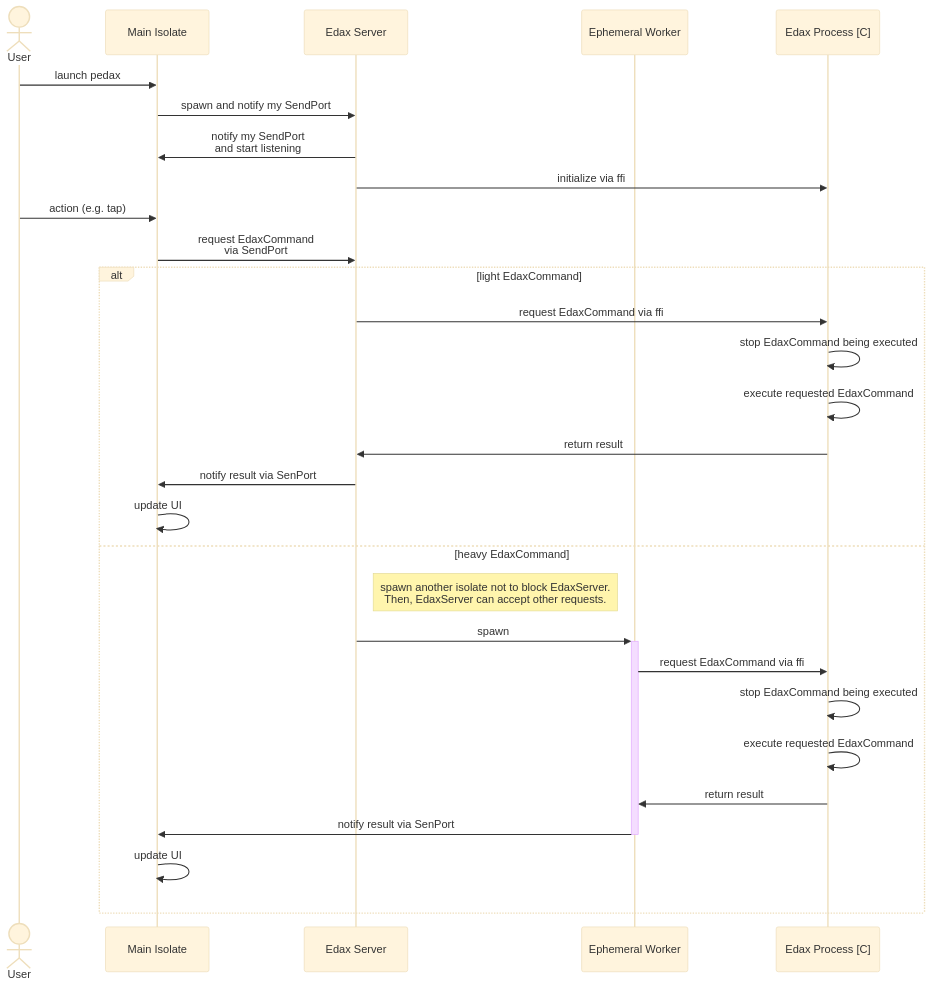
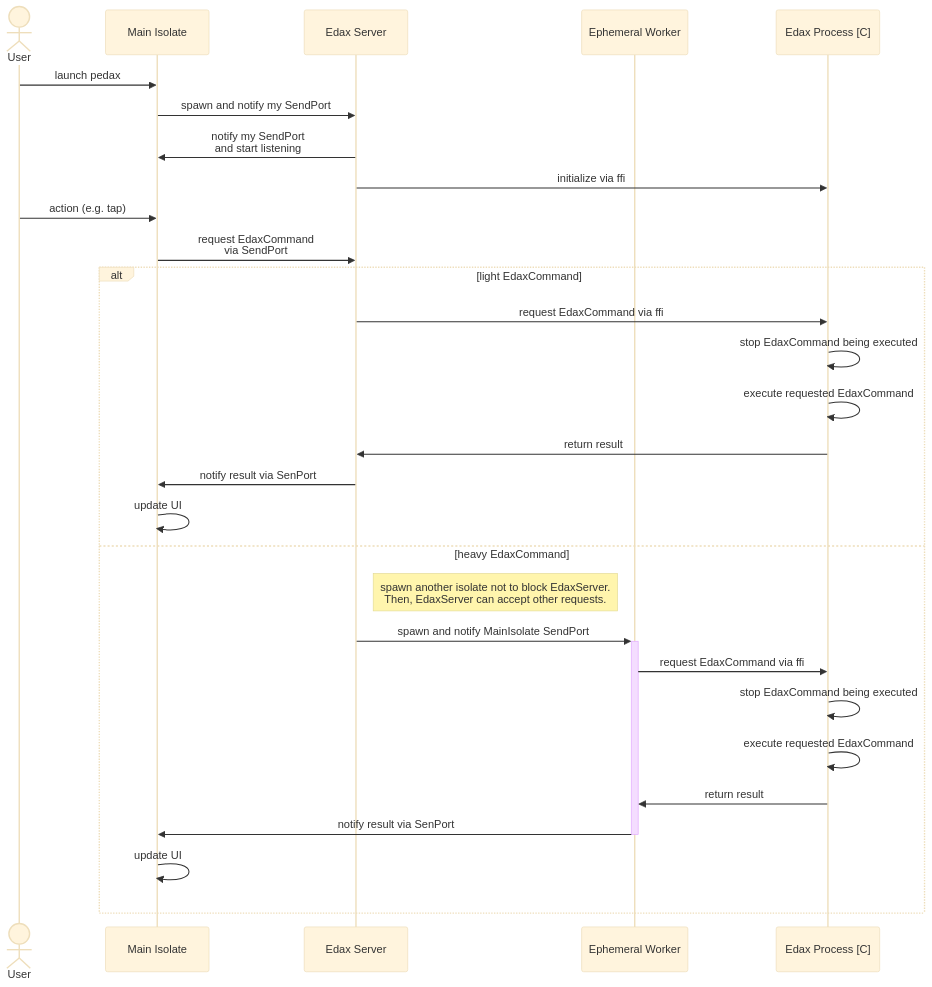
One commit to sensuikan1973/pedax changed the diagram in README.md. Above: the diagram before and after it, drawn with Mermaid (base theme).

````diff
--- a/README.md
+++ b/README.md
@@ -51,41 +51,41 @@
 ```mermaid
 %% https://mermaid-js.github.io/mermaid/#/sequenceDiagram
 sequenceDiagram
   actor User
   participant MainIsolate as Main Isolate
   participant EdaxServer as Edax Server
   participant EphemeralWorker as Ephemeral Worker
   participant EdaxProcess as Edax Process [C]
 
   link EdaxServer: source @ https://github.com/sensuikan1973/pedax/tree/main/lib/engine
   link EdaxServer: caller @ https://github.com/sensuikan1973/pedax/blob/main/lib/models/board_notifier.dart
   link EphemeralWorker: source @ https://github.com/sensuikan1973/pedax/tree/main/lib/engine
   link EdaxProcess: binding source (Dart) @ https://github.com/sensuikan1973/libedax4dart
   link EdaxProcess: origin source(C) @ https://github.com/sensuikan1973/edax-reversi/tree/libedax_sensuikan1973
 
   User ->> MainIsolate: launch pedax
   MainIsolate ->> EdaxServer: spawn and notify my SendPort
   EdaxServer ->> MainIsolate: notify my SendPort<br/>and start listening
   EdaxServer ->> EdaxProcess: initialize via ffi
 
   User ->> MainIsolate: action (e.g. tap)
   MainIsolate ->> EdaxServer: request EdaxCommand<br/>via SendPort
 
   alt light EdaxCommand
     EdaxServer ->> EdaxProcess: request EdaxCommand via ffi
     EdaxProcess ->> EdaxProcess: stop EdaxCommand being executed
     EdaxProcess ->> EdaxProcess: execute requested EdaxCommand
     EdaxProcess ->> EdaxServer: return result
     EdaxServer ->> MainIsolate: notify result via SenPort
     MainIsolate ->> MainIsolate: update UI
   else heavy EdaxCommand
     note right of EdaxServer: spawn another isolate not to block EdaxServer.<br>Then, EdaxServer can accept other requests.
-    EdaxServer ->>+ EphemeralWorker: spawn
+    EdaxServer ->>+ EphemeralWorker: spawn and notify MainIsolate SendPort
     EphemeralWorker ->> EdaxProcess: request EdaxCommand via ffi
     EdaxProcess ->> EdaxProcess: stop EdaxCommand being executed
     EdaxProcess ->> EdaxProcess: execute requested EdaxCommand
     EdaxProcess ->> EphemeralWorker: return result
     EphemeralWorker ->>- MainIsolate: notify result via SenPort
     MainIsolate ->> MainIsolate: update UI
   end
 ```
````
